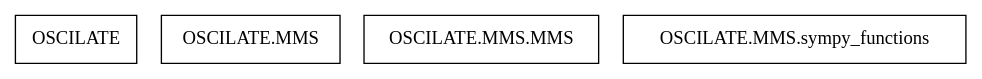
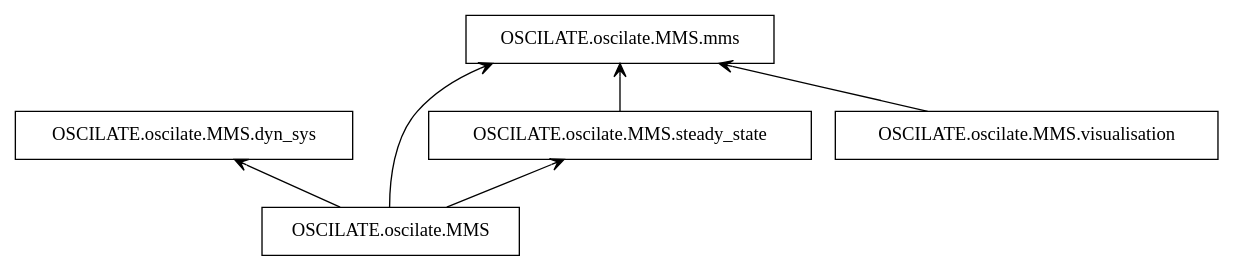
The diagram in docs/source/architecture/packages_MMS.dot (VinceECN/OSCILATE), drawn with Graphviz before and after one commit. The commit also changed 3 other files, not shown here.

Commit message:
Update the files that generate the .svg figure of the MMS architecture. The generated file names have also been modified manually this time

```diff
--- a/docs/source/architecture/packages_MMS.dot
+++ b/docs/source/architecture/packages_MMS.dot
@@ -1,8 +1,14 @@
-digraph "packages_MMS" {
+digraph "packages_MMS_test2" {
 rankdir=BT
 charset="utf-8"
-"OSCILATE" [color="black", label=<OSCILATE>, shape="box", style="solid"];
-"OSCILATE.MMS" [color="black", label=<OSCILATE.MMS>, shape="box", style="solid"];
-"OSCILATE.MMS.MMS" [color="black", label=<OSCILATE.MMS.MMS>, shape="box", style="solid"];
-"OSCILATE.MMS.sympy_functions" [color="black", label=<OSCILATE.MMS.sympy_functions>, shape="box", style="solid"];
+"OSCILATE.oscilate.MMS" [color="black", label=<OSCILATE.oscilate.MMS>, shape="box", style="solid"];
+"OSCILATE.oscilate.MMS.dyn_sys" [color="black", label=<OSCILATE.oscilate.MMS.dyn_sys>, shape="box", style="solid"];
+"OSCILATE.oscilate.MMS.mms" [color="black", label=<OSCILATE.oscilate.MMS.mms>, shape="box", style="solid"];
+"OSCILATE.oscilate.MMS.steady_state" [color="black", label=<OSCILATE.oscilate.MMS.steady_state>, shape="box", style="solid"];
+"OSCILATE.oscilate.MMS.visualisation" [color="black", label=<OSCILATE.oscilate.MMS.visualisation>, shape="box", style="solid"];
+"OSCILATE.oscilate.MMS" -> "OSCILATE.oscilate.MMS.dyn_sys" [arrowhead="open", arrowtail="none"];
+"OSCILATE.oscilate.MMS" -> "OSCILATE.oscilate.MMS.mms" [arrowhead="open", arrowtail="none"];
+"OSCILATE.oscilate.MMS" -> "OSCILATE.oscilate.MMS.steady_state" [arrowhead="open", arrowtail="none"];
+"OSCILATE.oscilate.MMS.steady_state" -> "OSCILATE.oscilate.MMS.mms" [arrowhead="open", arrowtail="none"];
+"OSCILATE.oscilate.MMS.visualisation" -> "OSCILATE.oscilate.MMS.mms" [arrowhead="open", arrowtail="none"];
 }
```
